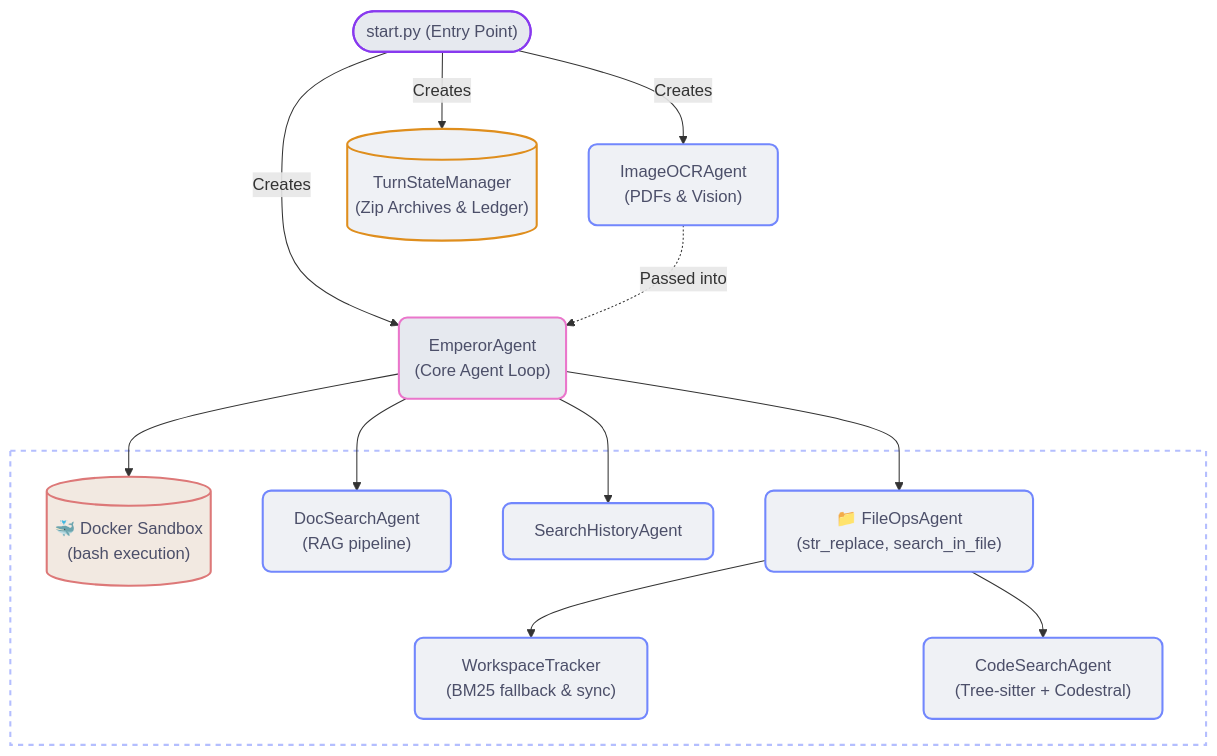
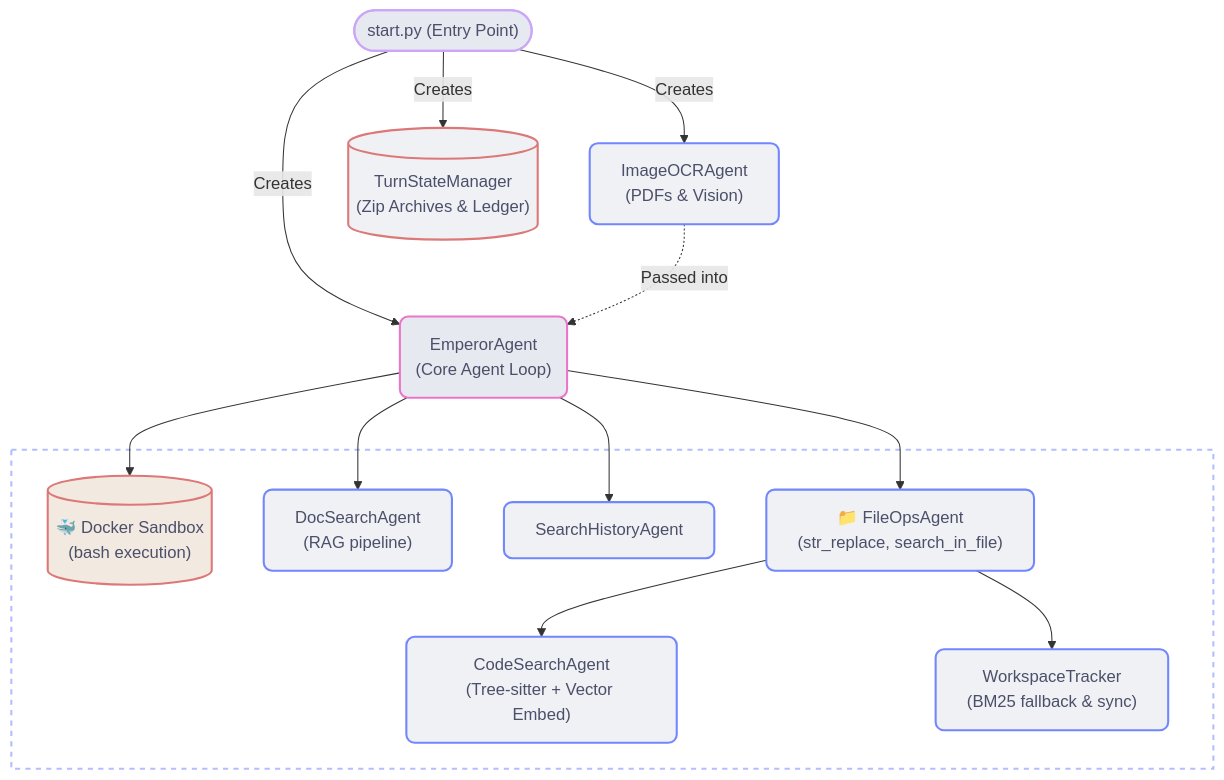
The diagram in README.md (emperorace00-creator/Xtream-Agentic-Harness), drawn with Mermaid before and after one commit. The commit also changed other lines of this file and 20 other files, not shown here.

````diff
--- a/README.md
+++ b/README.md
@@ -34,42 +34,42 @@
 ```mermaid
 graph TD
     %% Catppuccin Latte (Light) Theme
-    classDef entry fill:#e6e9ef,stroke:#8839ef,stroke-width:2px,color:#4c4f69,rx:8px,ry:8px;
+    classDef entry fill:#e6e9ef,stroke:#cba6f7,stroke-width:2px,color:#4c4f69,rx:8px,ry:8px;
     classDef core fill:#e6e9ef,stroke:#ea76cb,stroke-width:2px,color:#4c4f69,rx:8px,ry:8px;
     classDef agent fill:#eff1f5,stroke:#7287fd,stroke-width:2px,color:#4c4f69,rx:8px,ry:8px;
-    classDef storage fill:#eff1f5,stroke:#df8e1d,stroke-width:2px,color:#4c4f69,rx:8px,ry:8px;
+    classDef storage fill:#eff1f5,stroke:#dd7878,stroke-width:2px,color:#4c4f69,rx:8px,ry:8px;
     classDef sandbox fill:#f2e9e1,stroke:#dd7878,stroke-width:2px,color:#4c4f69,rx:8px,ry:8px;
 
     %% Nodes
     Start(["start.py (Entry Point)"]):::entry
     ImageOCR["ImageOCRAgent<br/>(PDFs & Vision)"]:::agent
     TurnState[("TurnStateManager<br/>(Zip Archives & Ledger)")]:::storage
     Emperor("EmperorAgent<br/>(Core Agent Loop)"):::core
     
     %% Relationships
     Start -->|Creates| ImageOCR
     Start -->|Creates| TurnState
     Start -->|Creates| Emperor
     
     ImageOCR -.->|Passed into| Emperor
     
     subgraph Core [ ]
         Docker[("🐳 Docker Sandbox<br/>(bash execution)")]:::sandbox
         DocSearch["DocSearchAgent<br/>(RAG pipeline)"]:::agent
         SearchHist["SearchHistoryAgent"]:::agent
         FileOps["📁 FileOpsAgent<br/>(str_replace, search_in_file)"]:::agent
+        CodeSearch["CodeSearchAgent<br/>(Tree-sitter + Vector Embed)"]:::agent
         Workspace["WorkspaceTracker<br/>(BM25 fallback & sync)"]:::agent
-        CodeSearch["CodeSearchAgent<br/>(Tree-sitter + Codestral)"]:::agent
     end
     
     Emperor --> Docker
     Emperor --> DocSearch
     Emperor --> SearchHist
     Emperor --> FileOps
     
+    FileOps --> CodeSearch
     FileOps --> Workspace
-    FileOps --> CodeSearch
 
     %% Subgraph styling to remove default yellow background
     style Core fill:none,stroke:#b4befe,stroke-width:2px,stroke-dasharray: 5 5
 ```
````
